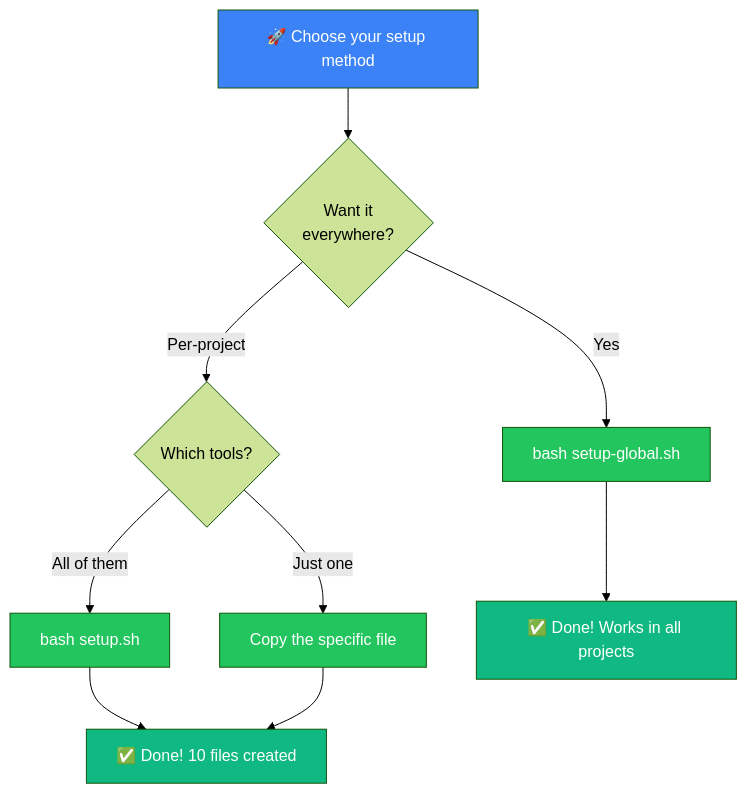
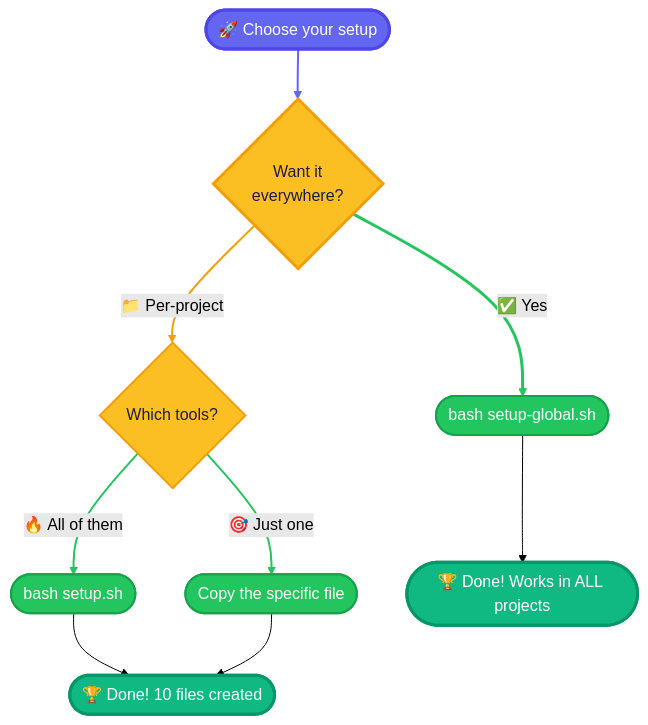
One commit to gil906/anthropic-instructions changed the fourth of 4 diagrams in README.md. Above: the diagram before and after it, drawn with Mermaid (forest theme). The commit also changed other lines of this file and 6 other files, not shown here.

First line of the commit message:
Add animated SVG assets for user flows and visual elements

````diff
--- a/README.md
+++ b/README.md
@@ -557,18 +642,25 @@
 ```mermaid
 flowchart TD
-    A["🚀 Choose your setup method"] --> B{"Want it<br/>everywhere?"}
-    B -->|"Yes"| C["bash setup-global.sh"]
-    B -->|"Per-project"| D{"Which tools?"}
-    D -->|"All of them"| E["bash setup.sh"]
-    D -->|"Just one"| F["Copy the specific file"]
-    C --> G["✅ Done! Works in all projects"]
-    E --> H["✅ Done! 10 files created"]
+    A(["🚀 Choose your setup"]) --> B{"Want it<br/>everywhere?"}
+    B -->|"✅ Yes"| C(["bash setup-global.sh"])
+    B -->|"📁 Per-project"| D{"Which tools?"}
+    D -->|"🔥 All of them"| E(["bash setup.sh"])
+    D -->|"🎯 Just one"| F(["Copy the specific file"])
+    C --> G(["🏆 Done! Works in ALL projects"])
+    E --> H(["🏆 Done! 10 files created"])
     F --> H
 
-    style A fill:#3b82f6,color:#fff
-    style C fill:#22c55e,color:#fff
-    style E fill:#22c55e,color:#fff
-    style F fill:#22c55e,color:#fff
-    style G fill:#10b981,color:#fff
-    style H fill:#10b981,color:#fff
+    style A fill:#6366f1,color:#fff,stroke:#4f46e5,stroke-width:3px
+    style B fill:#fbbf24,color:#1e1b4b,stroke:#f59e0b,stroke-width:3px
+    style C fill:#22c55e,color:#fff,stroke:#16a34a,stroke-width:2px
+    style D fill:#fbbf24,color:#1e1b4b,stroke:#f59e0b,stroke-width:2px
+    style E fill:#22c55e,color:#fff,stroke:#16a34a,stroke-width:2px
+    style F fill:#22c55e,color:#fff,stroke:#16a34a,stroke-width:2px
+    style G fill:#10b981,color:#fff,stroke:#059669,stroke-width:3px
+    style H fill:#10b981,color:#fff,stroke:#059669,stroke-width:3px
+
+    linkStyle 0 stroke:#6366f1,stroke-width:2px
+    linkStyle 1 stroke:#22c55e,stroke-width:3px
+    linkStyle 2 stroke:#f59e0b,stroke-width:2px
+    linkStyle 3,4 stroke:#22c55e,stroke-width:2px
 ```
````
